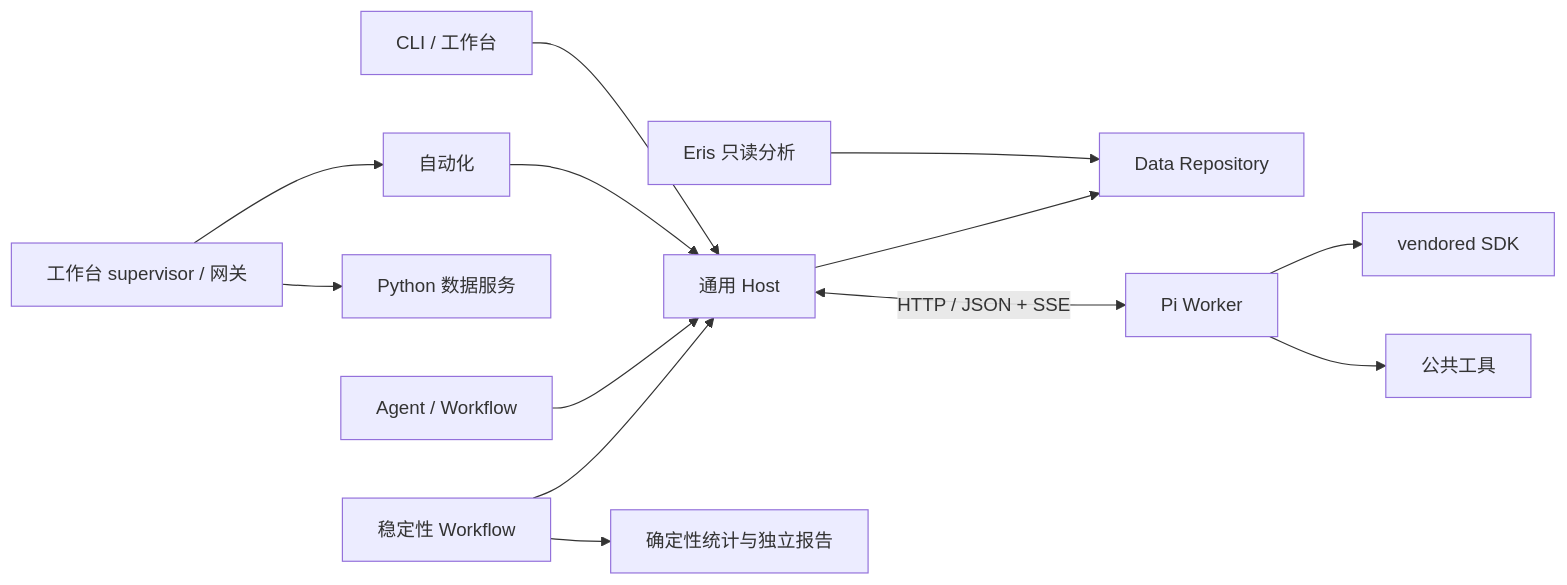
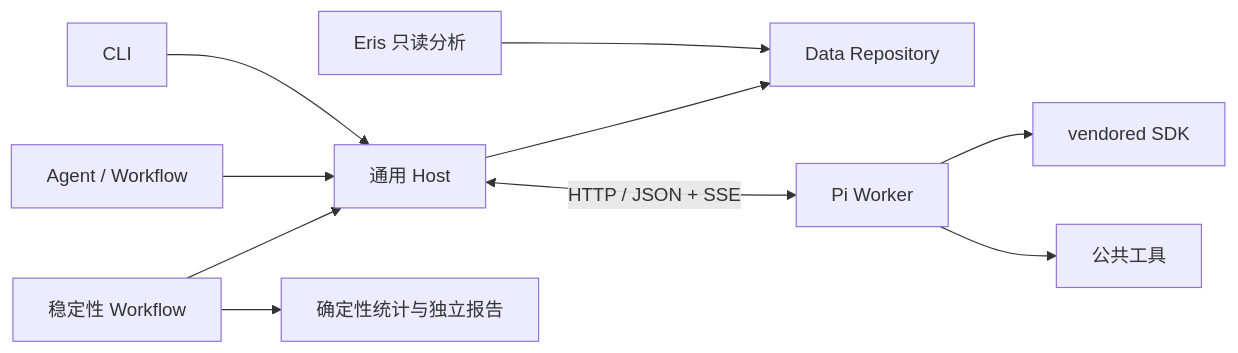
The diagram in docs/architecture.md (cmy-hhxx/agent_eval_harness), drawn with Mermaid before and after one commit. The commit also changed other lines of this file and 396 other files, not shown here.

First line of the commit message:
refactor(host): keep CLI evaluation and Eris analysis

````diff
--- a/docs/architecture.md
+++ b/docs/architecture.md
@@ -9,15 +9,12 @@
 ```mermaid
 flowchart LR
-  CLI[CLI / 工作台] --> Host[通用 Host]
-  Automation[自动化] --> Host
-Workbench[工作台 supervisor / 网关] --> Automation
-Workbench --> DataService[Python 数据服务]
+  CLI[CLI] --> Host[通用 Host]
   Eris[Eris 只读分析] --> Data
   Definitions[Agent / Workflow] --> Host
   Validation[稳定性 Workflow] --> Host
   Validation --> Statistics[确定性统计与独立报告]
   Host --> Data[Data Repository]
   Host <-->|HTTP / JSON + SSE| Worker[Pi Worker]
   Worker --> SDK[vendored SDK]
   Worker --> Tools[公共工具]
 ```
````
